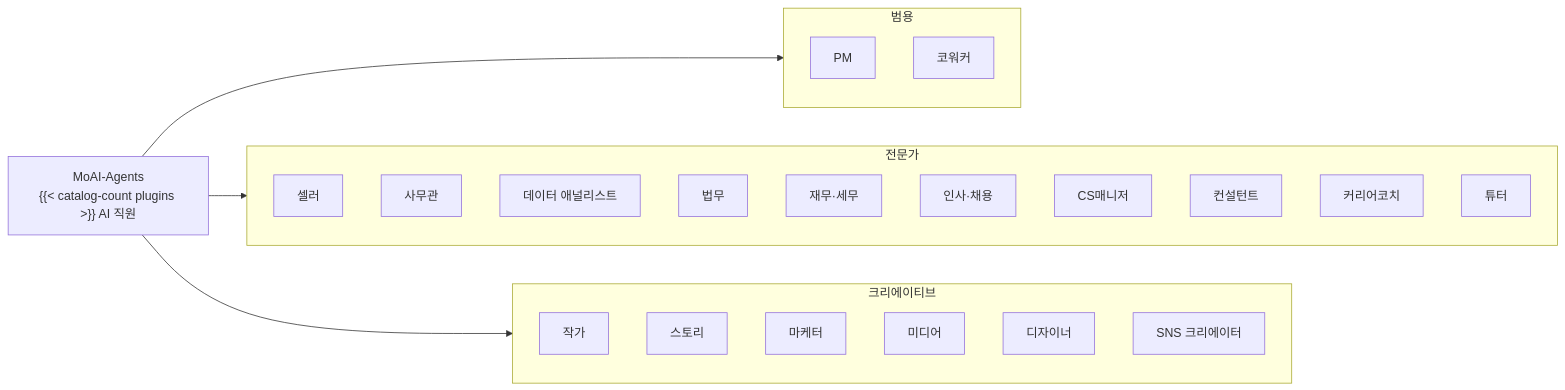
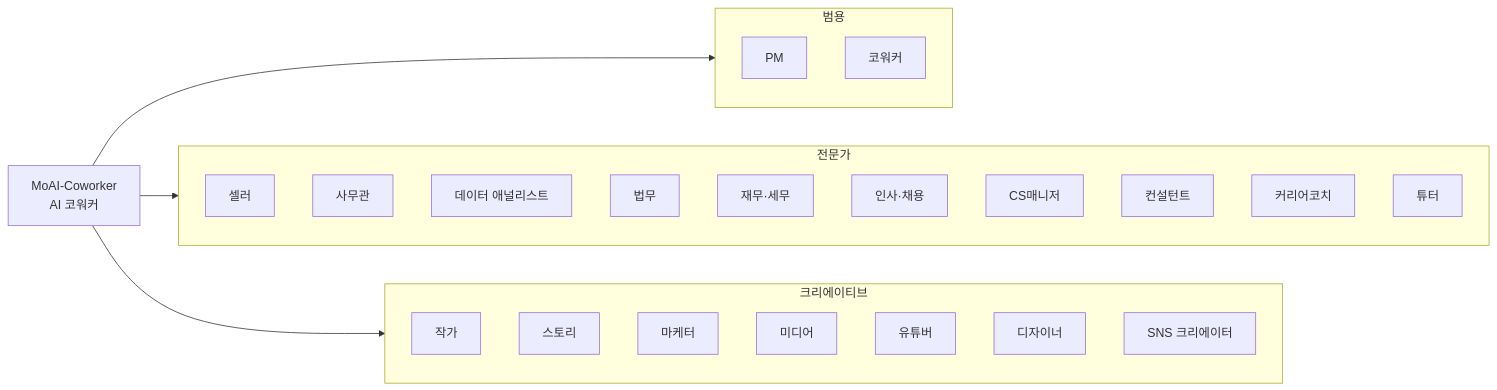
Before and after one commit to modu-ai/cowork-plugins: the diagram in www/content/moai-agents/_index.md, drawn with Mermaid. The commit also changed other lines of this file and 55 other files, not shown here.

First line of the commit message:
feat(plugins): 유튜버 코워커 신설 + 자체 MCP 작명 통일·오픈소스 크레딧 공개

````diff
--- a/www/content/moai-agents/_index.md
+++ b/www/content/moai-agents/_index.md
@@ -18,33 +18,34 @@
 ```mermaid
 flowchart LR
-   HUB["MoAI-Agents<br/>{{< catalog-count plugins >}} AI 직원"]
+   HUB["MoAI-Coworker<br/>AI 코워커"]
 
    subgraph G1["범용"]
        PM["PM"]
        CW["코워커"]
    end
    subgraph G2["전문가"]
        SE["셀러"]
        OF["사무관"]
        AN["데이터 애널리스트"]
        LA["법무"]
        AC["재무·세무"]
        RE["인사·채용"]
        CS["CS매니저"]
        CO["컨설턴트"]
        CA["커리어코치"]
        TU["튜터"]
    end
    subgraph G3["크리에이티브"]
        WR["작가"]
        ST["스토리"]
        MK["마케터"]
        MD["미디어"]
+       YT["유튜버"]
        DE["디자이너"]
        TP["SNS 크리에이터"]
    end
 
    HUB --> G1
    HUB --> G2
    HUB --> G3
 ```
````
